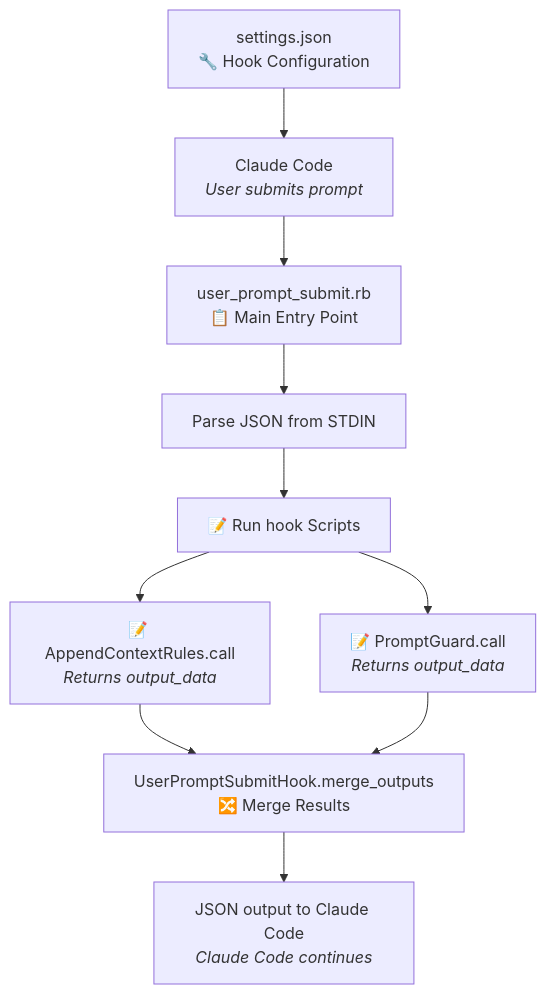
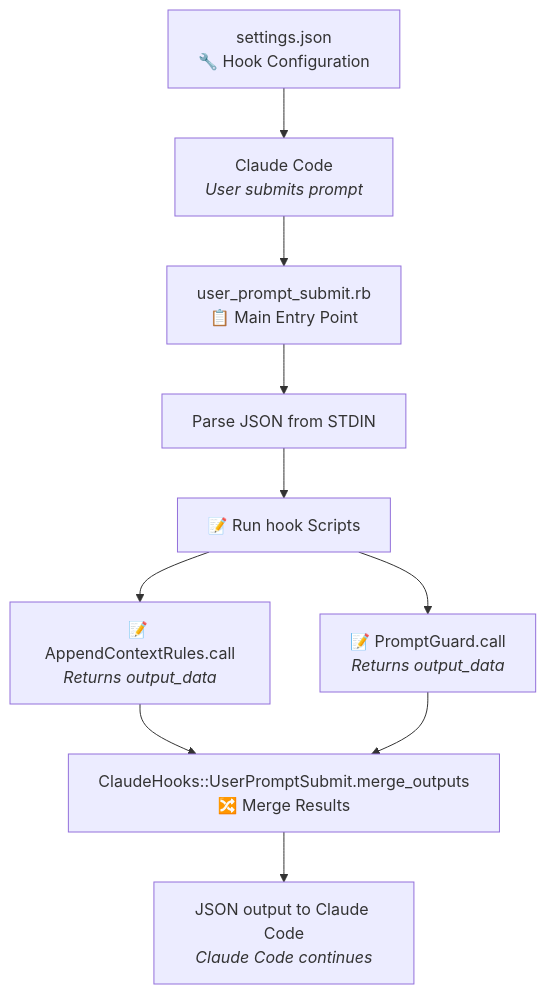
Before and after one commit to gabriel-dehan/claude_hooks: the diagram in README.md, drawn with Mermaid. The commit also changed other lines of this file, not shown here.

````diff
--- a/README.md
+++ b/README.md
@@ -248,21 +246,21 @@
 ```mermaid
 graph TD
   A["settings.json<br/>🔧 Hook Configuration"] --> B
   B[Claude Code<br/><em>User submits prompt</em>] --> C["user_prompt_submit.rb<br/>📋 Main Entry Point"]
 
   C --> D["Parse JSON from STDIN"]
   D --> E["📝 Run hook Scripts"]
 
   E --> F["📝 AppendContextRules.call<br/><em>Returns output_data</em>"]
   E --> G["📝 PromptGuard.call<br/><em>Returns output_data</em>"]
 
-  F --> J["UserPromptSubmitHook.merge_outputs<br/>🔀 Merge Results"]
+  F --> J["ClaudeHooks::UserPromptSubmit.merge_outputs<br/>🔀 Merge Results"]
   G --> J
 
   J --> K["JSON output to Claude Code<br/><em>Claude Code continues</em>"]
 
   style A fill:#e1f5fe stroke:#000
   style C fill:#e8f5e8 stroke:#000
   style J fill:#fff3e0 stroke:#000
   style K fill:#e1f5fe stroke:#000
 ```
````
